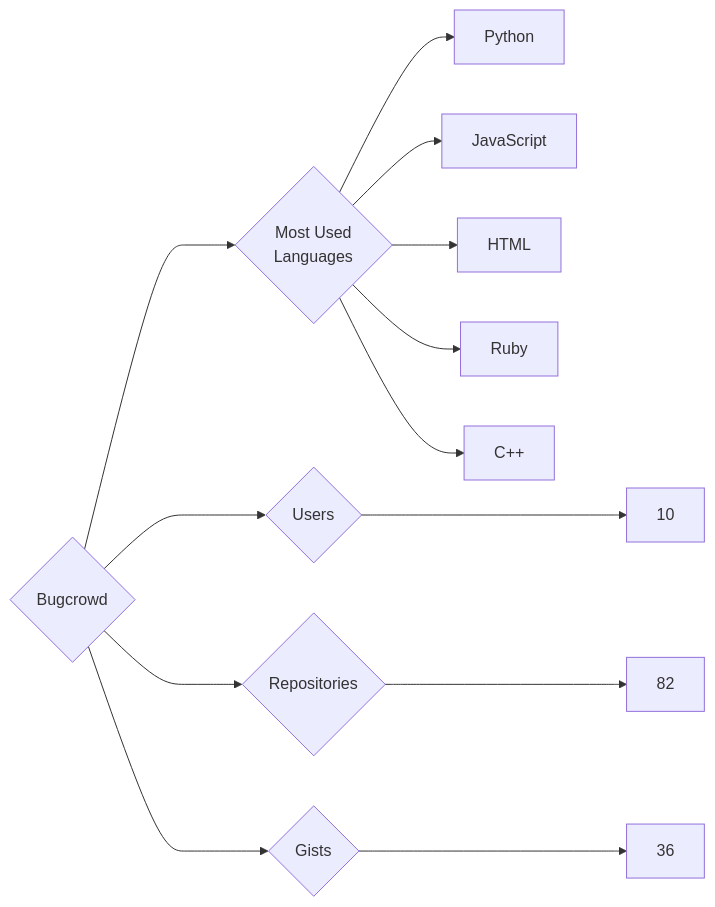
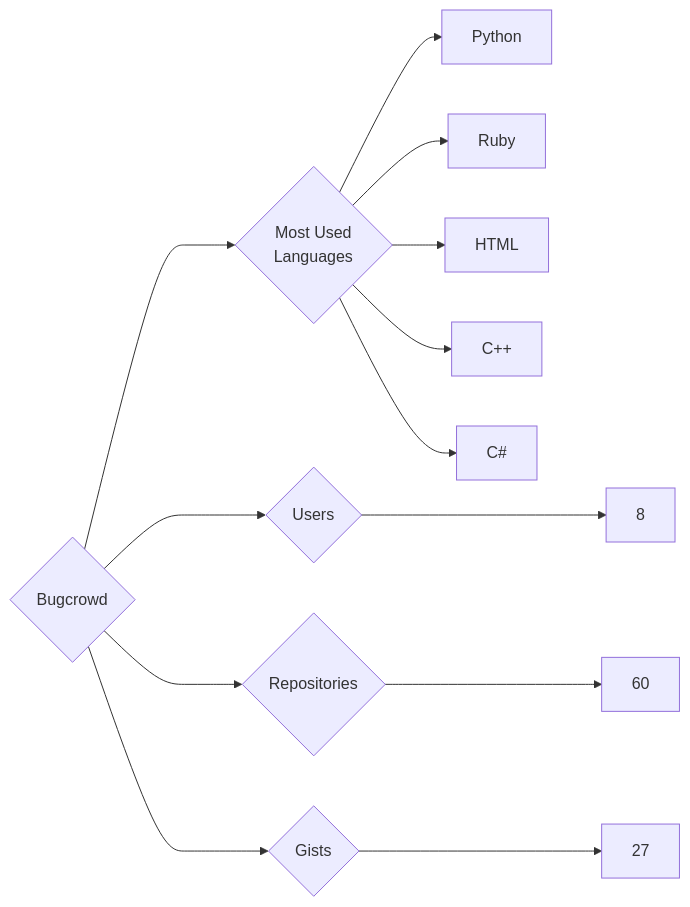
One commit to trickest/insiders changed the diagram in targets/Bugcrowd/README.md. Above: the diagram before and after it, drawn with Mermaid. The commit also changed 873 other files, not shown here.

````diff
--- a/targets/Bugcrowd/README.md
+++ b/targets/Bugcrowd/README.md
@@ -3,13 +3,13 @@
 ```mermaid
 graph LR
 COMPANY_NAME{Bugcrowd}
-COMPANY_NAME ---> U{Users} ---> UN[10]
-COMPANY_NAME ---> R{Repositories} ---> RN[82]
-COMPANY_NAME ---> G{Gists} ---> GN[36]
+COMPANY_NAME ---> U{Users} ---> UN[8]
+COMPANY_NAME ---> R{Repositories} ---> RN[60]
+COMPANY_NAME ---> G{Gists} ---> GN[27]
 COMPANY_NAME ---> ML{Most Used<br>Languages}
 ML --> Python[Python]
-ML --> JavaScript[JavaScript]
+ML --> Ruby[Ruby]
 ML --> HTML[HTML]
-ML --> Ruby[Ruby]
 ML --> C++[C++]
+ML --> C#[C#]
 ```
````
